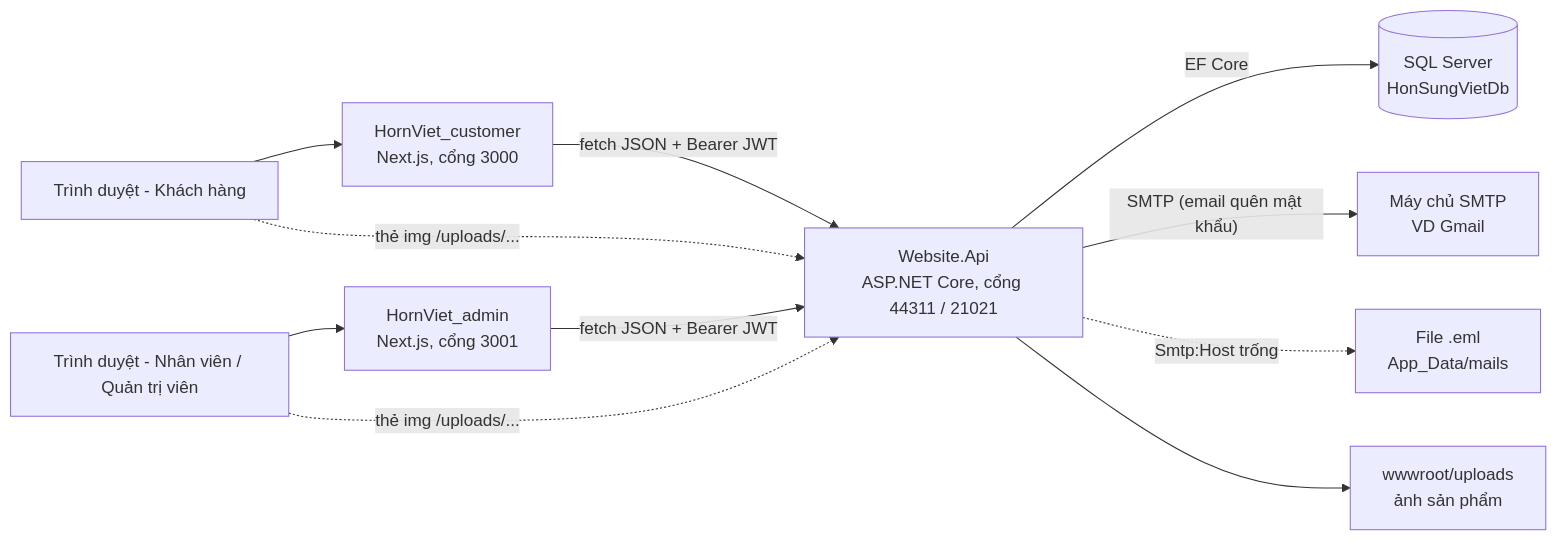
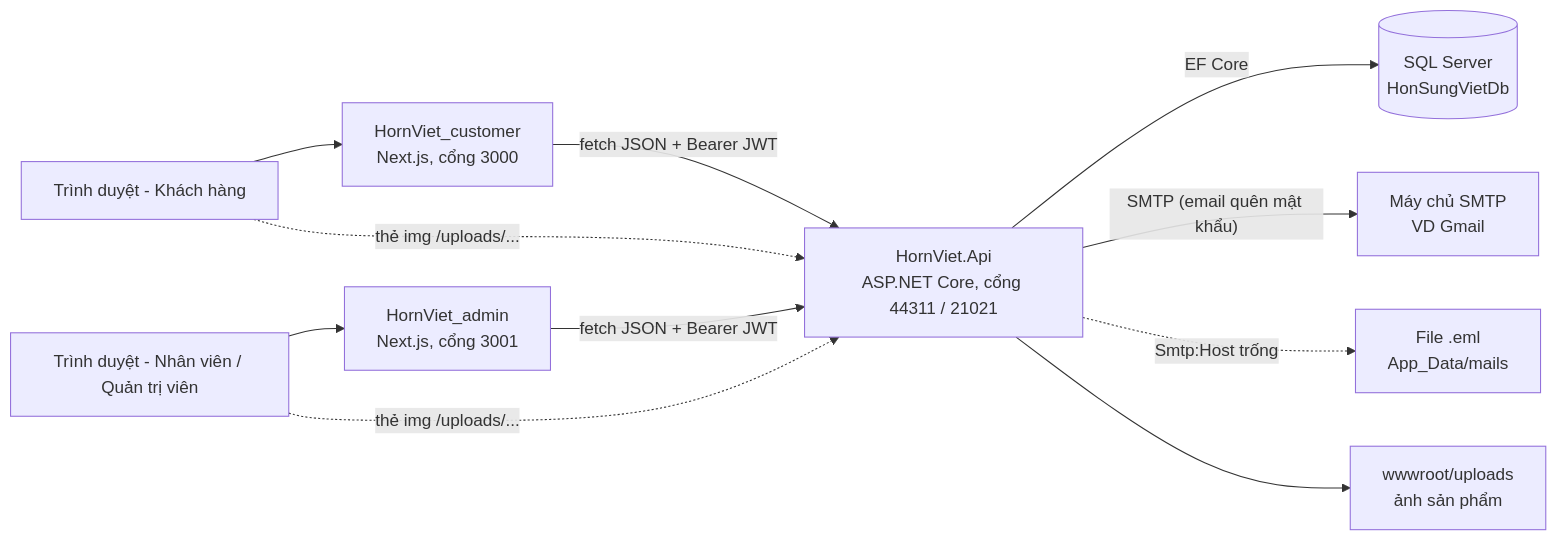
The first of 3 diagrams in docs/he-thong/00-tong-quan.md (Tngoc2902/HornViet), drawn with Mermaid before and after one commit. The commit also changed other lines of this file and 170 other files, not shown here.

First line of the commit message:
Đổi tên backend Website.* thành HornViet.*

````diff
--- a/docs/he-thong/00-tong-quan.md
+++ b/docs/he-thong/00-tong-quan.md
@@ -44,13 +44,13 @@
 ```mermaid
 flowchart LR
     U1["Trình duyệt - Khách hàng"] --> STORE["HornViet_customer<br/>Next.js, cổng 3000"]
     U2["Trình duyệt - Nhân viên / Quản trị viên"] --> ADMIN["HornViet_admin<br/>Next.js, cổng 3001"]
-    STORE -->|"fetch JSON + Bearer JWT"| API["Website.Api<br/>ASP.NET Core, cổng 44311 / 21021"]
+    STORE -->|"fetch JSON + Bearer JWT"| API["HornViet.Api<br/>ASP.NET Core, cổng 44311 / 21021"]
     ADMIN -->|"fetch JSON + Bearer JWT"| API
     U1 -.->|"thẻ img /uploads/..."| API
     U2 -.->|"thẻ img /uploads/..."| API
     API -->|"EF Core"| DB[("SQL Server<br/>HonSungVietDb")]
     API -->|"SMTP (email quên mật khẩu)"| SMTP["Máy chủ SMTP<br/>VD Gmail"]
     API -.->|"Smtp:Host trống"| EML["File .eml<br/>App_Data/mails"]
     API --> UP["wwwroot/uploads<br/>ảnh sản phẩm"]
 ```
````
